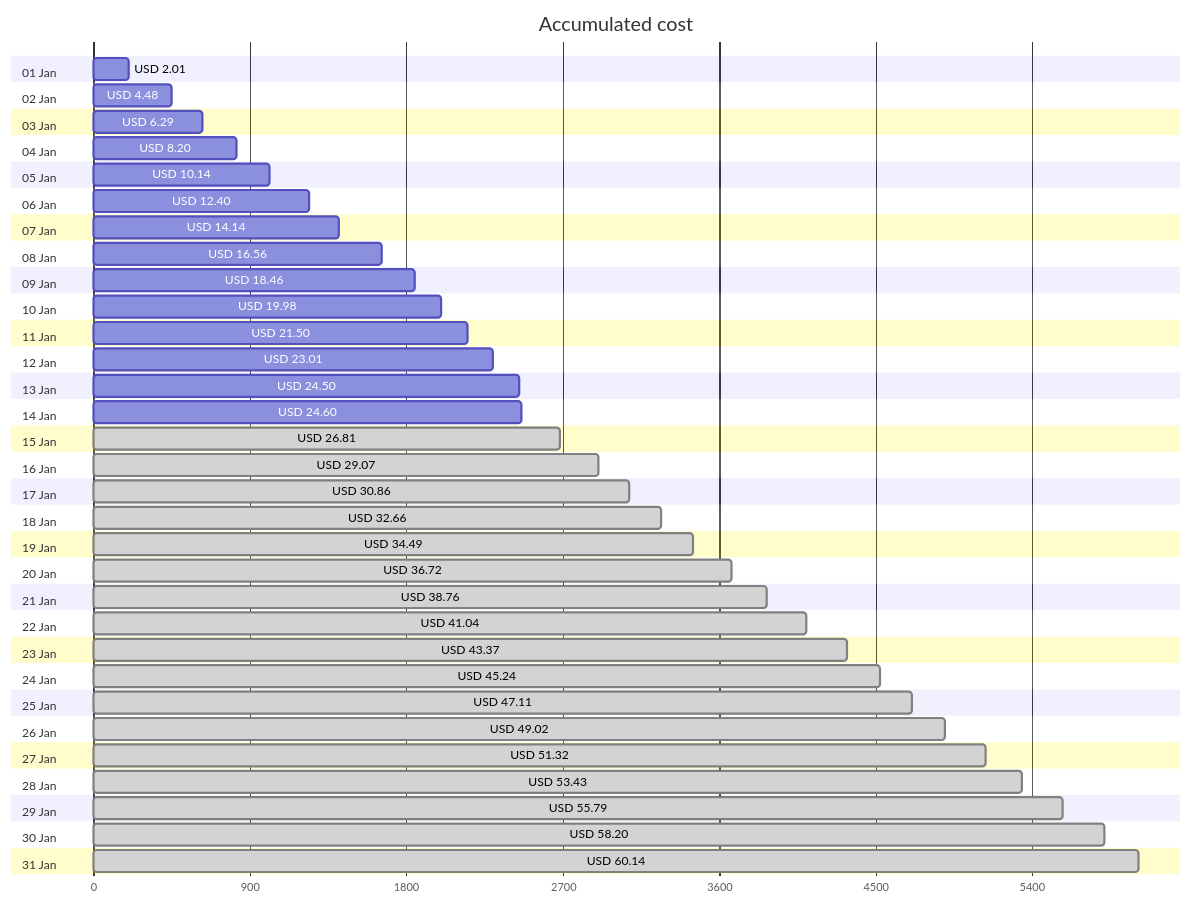
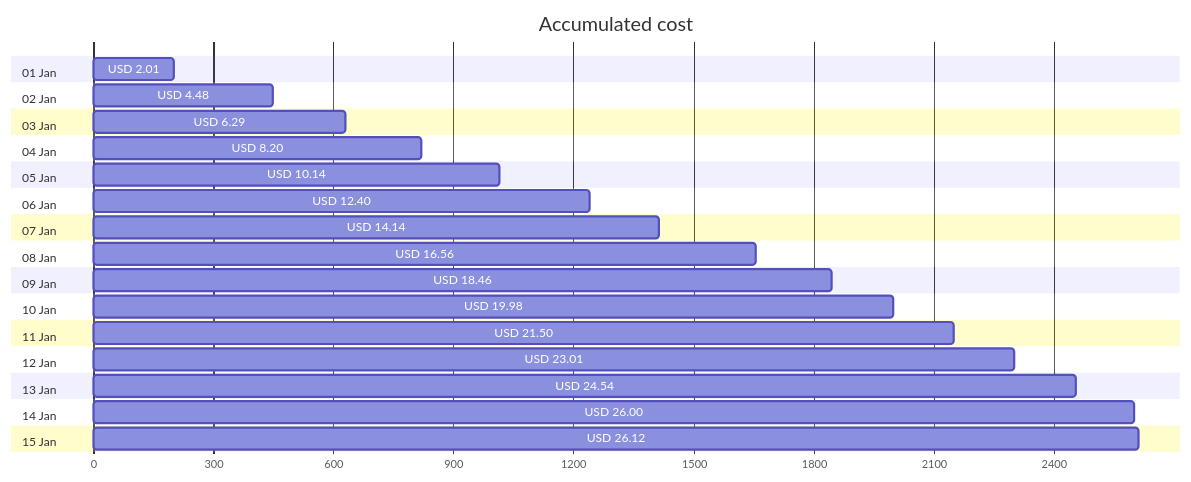
Before and after one commit to jpfulton/azure-personal-reports: the first of 4 diagrams in cost-reports/personal-network/README.md, drawn with Mermaid. The commit also changed other lines of this file and 8 other files, not shown here.

````diff
--- a/cost-reports/personal-network/README.md
+++ b/cost-reports/personal-network/README.md
@@ -20,68 +20,36 @@
 ```mermaid
 gantt
    title Accumulated cost
    dateFormat  X
    axisFormat %s
    section 01 Jan
    USD 2.01 :0, 201
    section 02 Jan
    USD 4.48 :0, 448
    section 03 Jan
    USD 6.29 :0, 629
    section 04 Jan
    USD 8.20 :0, 820
    section 05 Jan
    USD 10.14 :0, 1014
    section 06 Jan
    USD 12.40 :0, 1240
    section 07 Jan
    USD 14.14 :0, 1414
    section 08 Jan
    USD 16.56 :0, 1656
    section 09 Jan
    USD 18.46 :0, 1846
    section 10 Jan
    USD 19.98 :0, 1998
    section 11 Jan
    USD 21.50 :0, 2150
    section 12 Jan
    USD 23.01 :0, 2301
    section 13 Jan
-   USD 24.50 :0, 2450
+   USD 24.54 :0, 2454
    section 14 Jan
-   USD 24.60 :0, 2460
+   USD 26.00 :0, 2600
    section 15 Jan
-   USD 26.81 : done, 0, 2681
-   section 16 Jan
-   USD 29.07 : done, 0, 2907
-   section 17 Jan
-   USD 30.86 : done, 0, 3086
-   section 18 Jan
-   USD 32.66 : done, 0, 3266
-   section 19 Jan
-   USD 34.49 : done, 0, 3449
-   section 20 Jan
-   USD 36.72 : done, 0, 3672
-   section 21 Jan
-   USD 38.76 : done, 0, 3876
-   section 22 Jan
-   USD 41.04 : done, 0, 4104
-   section 23 Jan
-   USD 43.37 : done, 0, 4337
-   section 24 Jan
-   USD 45.24 : done, 0, 4524
-   section 25 Jan
-   USD 47.11 : done, 0, 4711
-   section 26 Jan
-   USD 49.02 : done, 0, 4902
-   section 27 Jan
-   USD 51.32 : done, 0, 5132
-   section 28 Jan
-   USD 53.43 : done, 0, 5343
-   section 29 Jan
-   USD 55.79 : done, 0, 5579
-   section 30 Jan
-   USD 58.20 : done, 0, 5820
-   section 31 Jan
-   USD 60.14 : done, 0, 6014
+   USD 26.12 :0, 2612
 ```
````
